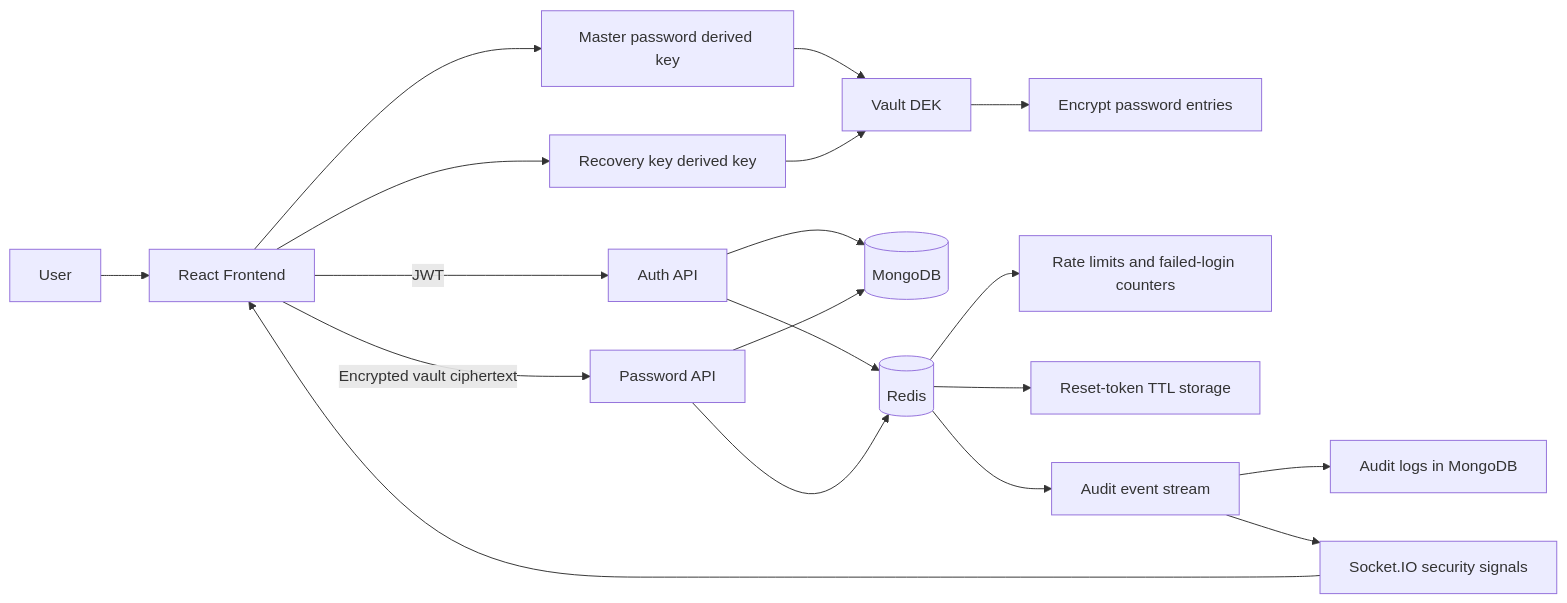
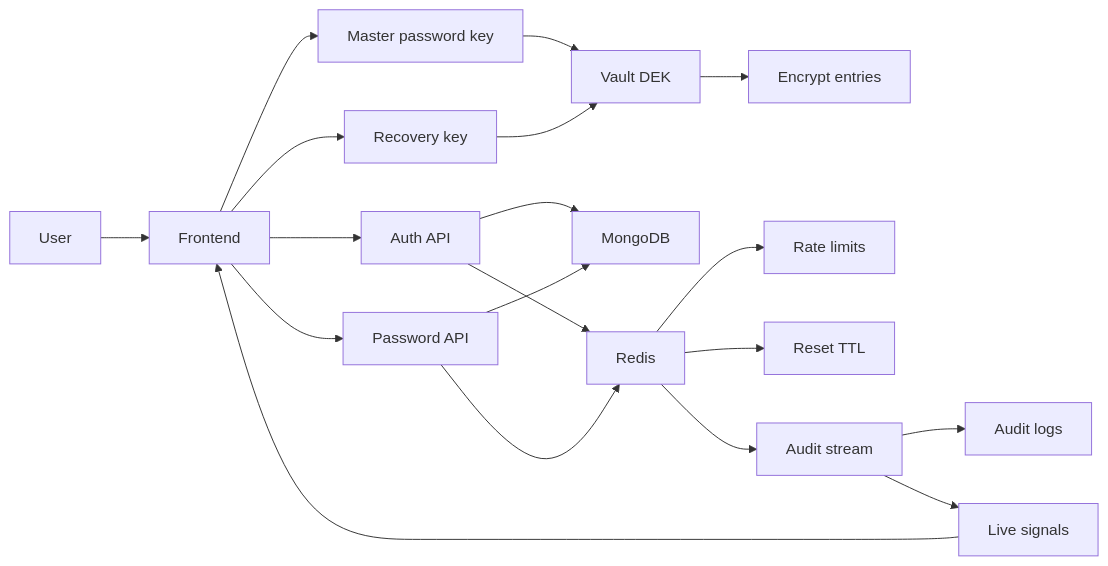
Before and after one commit to riddhijain1509/Keymate: the first of 4 diagrams in docs/architecture.md, drawn with Mermaid. The commit also changed other lines of this file and 1 other file, not shown here.

````diff
--- a/docs/architecture.md
+++ b/docs/architecture.md
@@ -16,22 +16,22 @@
 ```mermaid
-flowchart LR
-  U[User] --> F[React Frontend]
-  F -->|JWT| A[Auth API]
-  F -->|Encrypted vault ciphertext| P[Password API]
-  A --> R[(Redis)]
+graph LR
+  U[User] --> F[Frontend]
+  F --> A[Auth API]
+  F --> P[Password API]
+  A --> R[Redis]
   P --> R
-  A --> DB[(MongoDB)]
+  A --> DB[MongoDB]
   P --> DB
 
-  F --> K1[Master password derived key]
-  F --> K2[Recovery key derived key]
+  F --> K1[Master password key]
+  F --> K2[Recovery key]
   K1 --> DEK[Vault DEK]
   K2 --> DEK
-  DEK --> ENC[Encrypt password entries]
-  R --> RL[Rate limits and failed-login counters]
-  R --> RS[Reset-token TTL storage]
-  R --> AS[Audit event stream]
-  AS --> AL[Audit logs in MongoDB]
-  AS --> SG[Socket.IO security signals]
+  DEK --> ENC[Encrypt entries]
+  R --> RL[Rate limits]
+  R --> RS[Reset TTL]
+  R --> AS[Audit stream]
+  AS --> AL[Audit logs]
+  AS --> SG[Live signals]
   SG --> F
 ```
````
